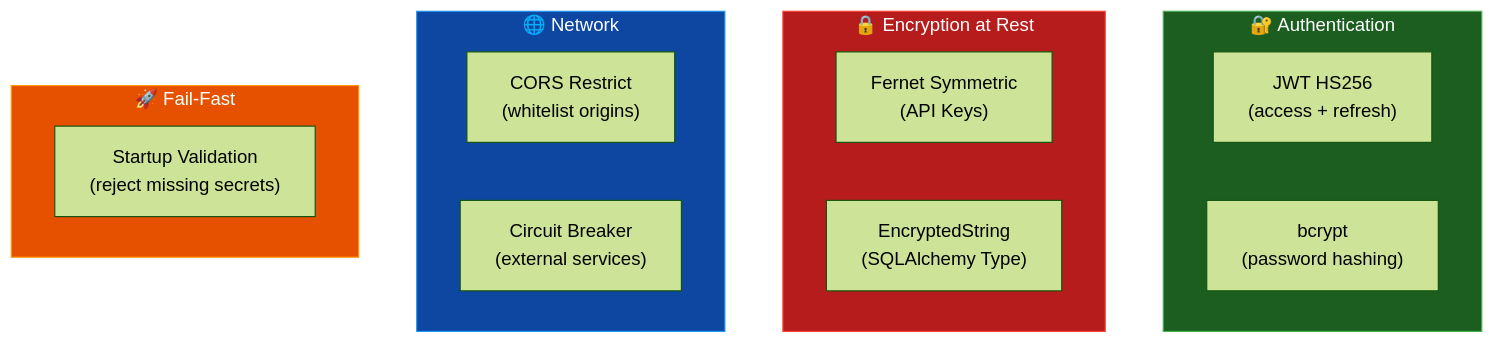
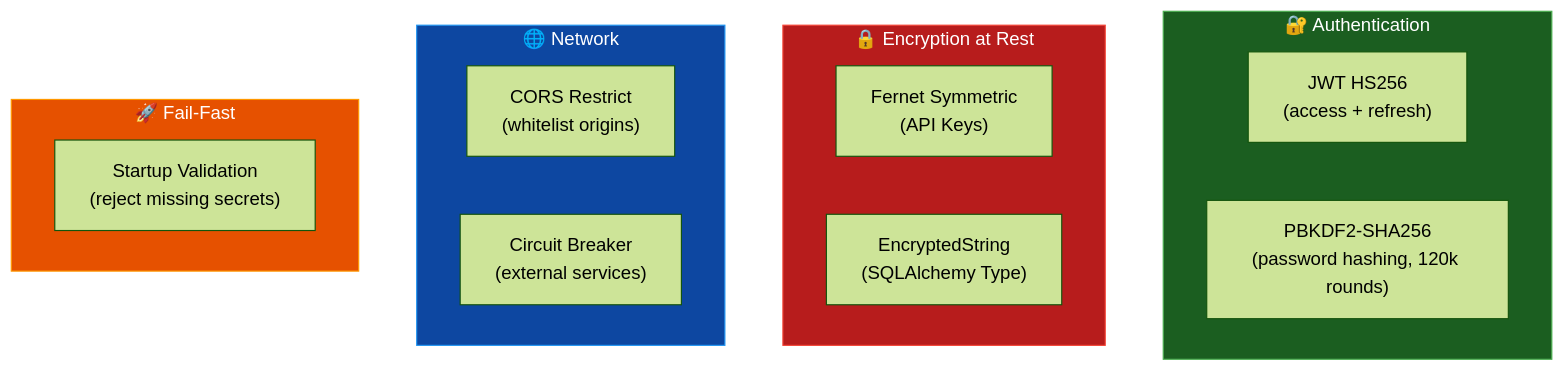
The fourth of 5 diagrams in README.md (soneylegal/moody), drawn with Mermaid (forest theme) before and after one commit. The commit also changed other lines of this file and 1 other file, not shown here.

````diff
--- a/README.md
+++ b/README.md
@@ -350,26 +350,26 @@
 ```mermaid
 graph TB
     subgraph Auth["🔐 Authentication"]
         JWT["JWT HS256<br/>(access + refresh)"]
-        BC["bcrypt<br/>(password hashing)"]
+        BC["PBKDF2-SHA256<br/>(password hashing, 120k rounds)"]
     end
 
     subgraph Encryption["🔒 Encryption at Rest"]
         FE["Fernet Symmetric<br/>(API Keys)"]
         ES["EncryptedString<br/>(SQLAlchemy Type)"]
     end
 
     subgraph Network["🌐 Network"]
         CORS["CORS Restrict<br/>(whitelist origins)"]
         CB["Circuit Breaker<br/>(external services)"]
     end
 
     subgraph Startup["🚀 Fail-Fast"]
         FS["Startup Validation<br/>(reject missing secrets)"]
     end
 
     style Auth fill:#1b5e20,stroke:#4caf50,color:#fff
     style Encryption fill:#b71c1c,stroke:#f44336,color:#fff
     style Network fill:#0d47a1,stroke:#2196f3,color:#fff
     style Startup fill:#e65100,stroke:#ff9800,color:#fff
 ```
````
